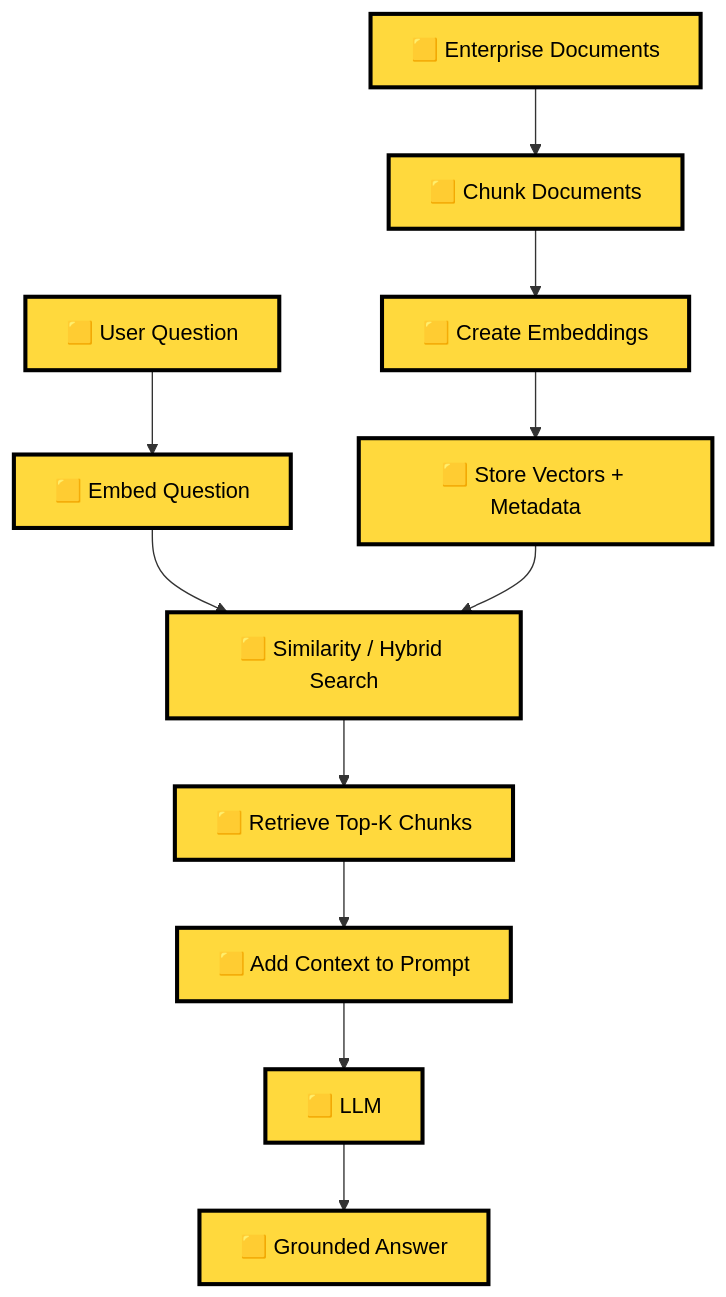
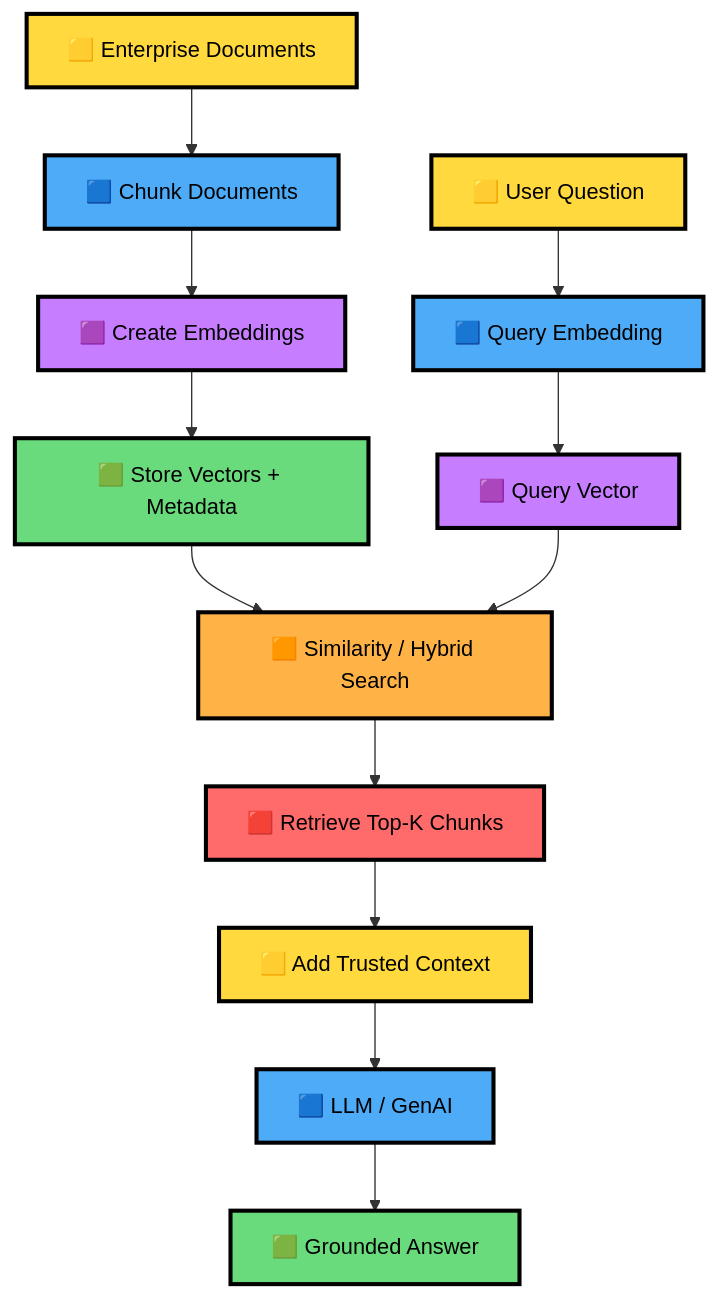
One commit to azam123/awesome-ai-engineer changed diagram 39 of 40 in GenAI-AgenticAI-MultiAgent-RAG-AgentHarness.md. Above: the diagram before and after it, drawn with Mermaid. The commit also changed other lines of this file, not shown here.

Commit message:
docs: enhance AI mental model with colorful concept flows

````diff
--- a/GenAI-AgenticAI-MultiAgent-RAG-AgentHarness.md
+++ b/GenAI-AgenticAI-MultiAgent-RAG-AgentHarness.md
@@ -4666,22 +4736,30 @@
 ```mermaid
 flowchart TD
-    A["🟨 Enterprise Documents"]
-    B["🟨 Chunk Documents"]
-    C["🟨 Create Embeddings"]
-    D["🟨 Store Vectors + Metadata"]
-    E["🟨 User Question"]
-    F["🟨 Embed Question"]
-    G["🟨 Similarity / Hybrid Search"]
-    H["🟨 Retrieve Top-K Chunks"]
-    I["🟨 Add Context to Prompt"]
-    J["🟨 LLM"]
-    K["🟨 Grounded Answer"]
+    A["🟨 Enterprise Documents"] --> B["🟦 Chunk Documents"]
+    B --> C["🟪 Create Embeddings"]
+    C --> D["🟩 Store Vectors + Metadata"]
 
-    A --> B --> C --> D
-    E --> F --> G
-    D --> G
-    G --> H --> I --> J --> K
+    E["🟨 User Question"] --> F["🟦 Query Embedding"]
+    F --> G["🟪 Query Vector"]
+
+    D --> H["🟧 Similarity / Hybrid Search"]
+    G --> H
+    H --> I["🟥 Retrieve Top-K Chunks"]
+    I --> J["🟨 Add Trusted Context"]
+    J --> K["🟦 LLM / GenAI"]
+    K --> L["🟩 Grounded Answer"]
 
     classDef yellow fill:#FFD93D,color:#000,stroke:#000,stroke-width:3px;
-    class A,B,C,D,E,F,G,H,I,J,K yellow;
+    classDef blue fill:#4DABF7,color:#000,stroke:#000,stroke-width:3px;
+    classDef purple fill:#C77DFF,color:#000,stroke:#000,stroke-width:3px;
+    classDef green fill:#69DB7C,color:#000,stroke:#000,stroke-width:3px;
+    classDef orange fill:#FFB347,color:#000,stroke:#000,stroke-width:3px;
+    classDef red fill:#FF6B6B,color:#000,stroke:#000,stroke-width:3px;
+
+    class A,E,J yellow;
+    class B,F,K blue;
+    class C,G purple;
+    class D,L green;
+    class H orange;
+    class I red;
 ```
````
